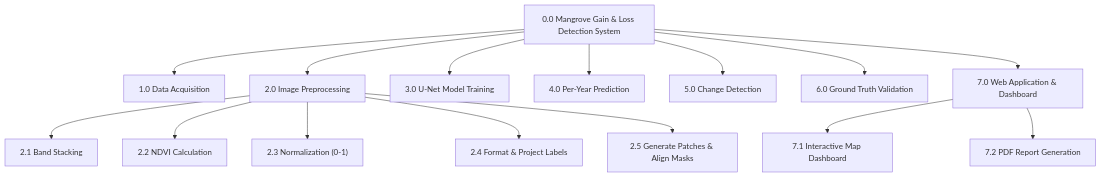
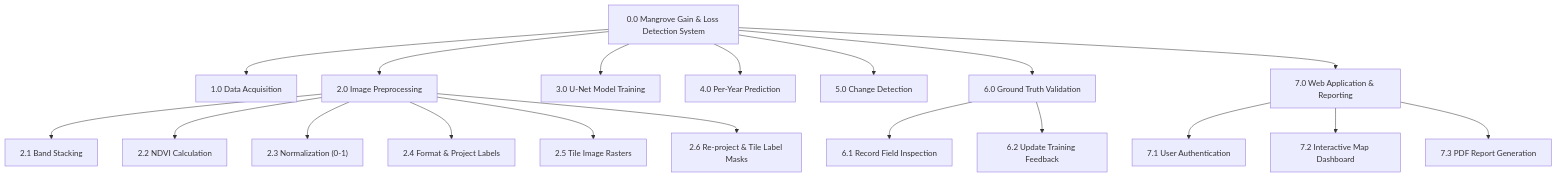
One commit to Nashii02/Quality-Aware-Signature-Verification-for-Scholarship-Documents-Using-Siamese-Networks changed the diagram in CHART AND GRAPHS/03_HIPO Diagram/Hierarchy_Chart.md. Above: the diagram before and after it, drawn with Mermaid.

````diff
--- a/CHART AND GRAPHS/03_HIPO Diagram/Hierarchy_Chart.md
+++ b/CHART AND GRAPHS/03_HIPO Diagram/Hierarchy_Chart.md
@@ -1,24 +1,30 @@
 ```mermaid
 flowchart TD
     ROOT["0.0 Mangrove Gain & Loss Detection System"]
 
     %% Level 1 Modules
     ROOT --> M1["1.0 Data Acquisition"]
     ROOT --> M2["2.0 Image Preprocessing"]
     ROOT --> M3["3.0 U-Net Model Training"]
     ROOT --> M4["4.0 Per-Year Prediction"]
     ROOT --> M5["5.0 Change Detection"]
     ROOT --> M6["6.0 Ground Truth Validation"]
-    ROOT --> M7["7.0 Web Application & Dashboard"]
+    ROOT --> M7["7.0 Web Application & Reporting"]
 
-    %% Level 2 Sub-modules for Preprocessing (Module 2.0)
+    %% Level 2 Sub-modules for Preprocessing (Module 2.0 Rectified)
     M2 --> M21["2.1 Band Stacking"]
     M2 --> M22["2.2 NDVI Calculation"]
     M2 --> M23["2.3 Normalization (0-1)"]
     M2 --> M24["2.4 Format & Project Labels"]
-    M2 --> M25["2.5 Generate Patches & Align Masks"]
+    M2 --> M25["2.5 Tile Image Rasters"]
+    M2 --> M26["2.6 Re-project & Tile Label Masks"]
+
+    %% Level 2 Sub-modules for Validation (Module 6.0)
+    M6 --> M61["6.1 Record Field Inspection"]
+    M6 --> M62["6.2 Update Training Feedback"]
 
     %% Level 2 Sub-modules for Web Application (Module 7.0)
-    M7 --> M71["7.1 Interactive Map Dashboard"]
-    M7 --> M72["7.2 PDF Report Generation"]
+    M7 --> M71["7.1 User Authentication"]
+    M7 --> M72["7.2 Interactive Map Dashboard"]
+    M7 --> M73["7.3 PDF Report Generation"]
 ```
````
